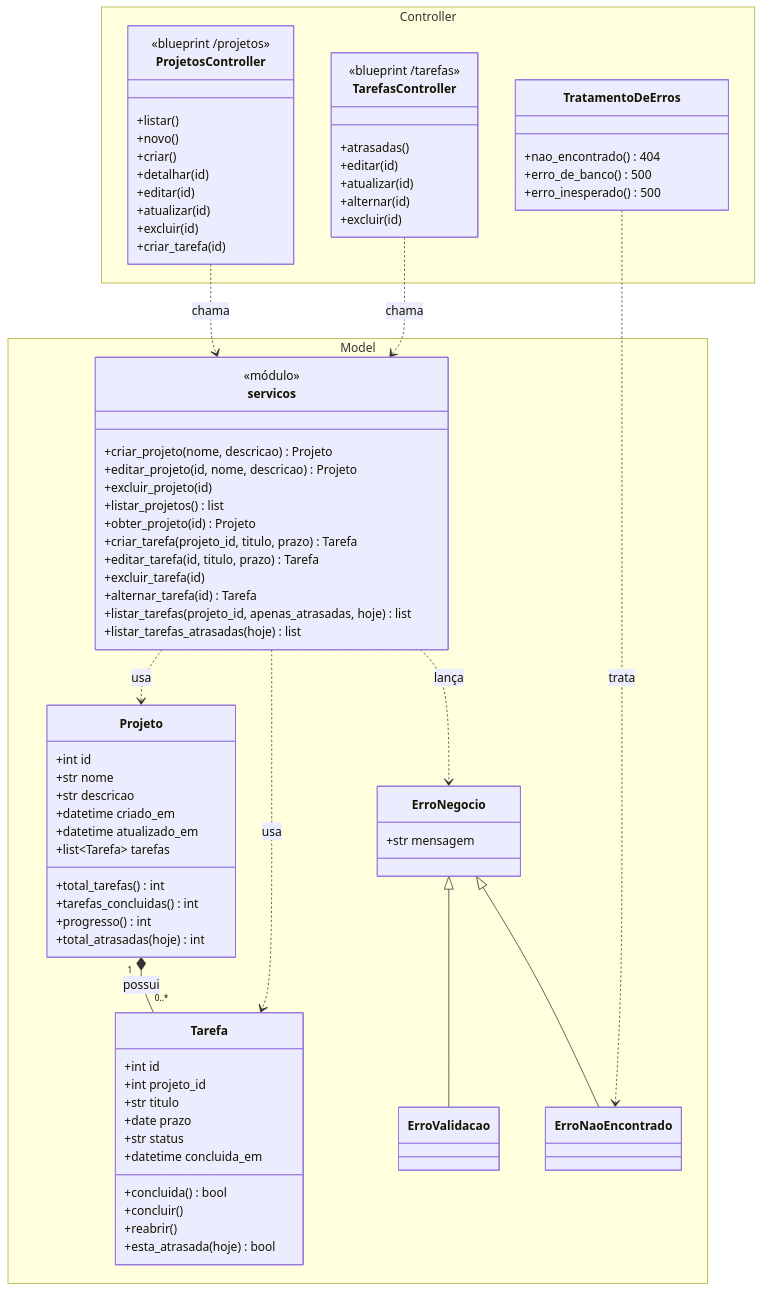
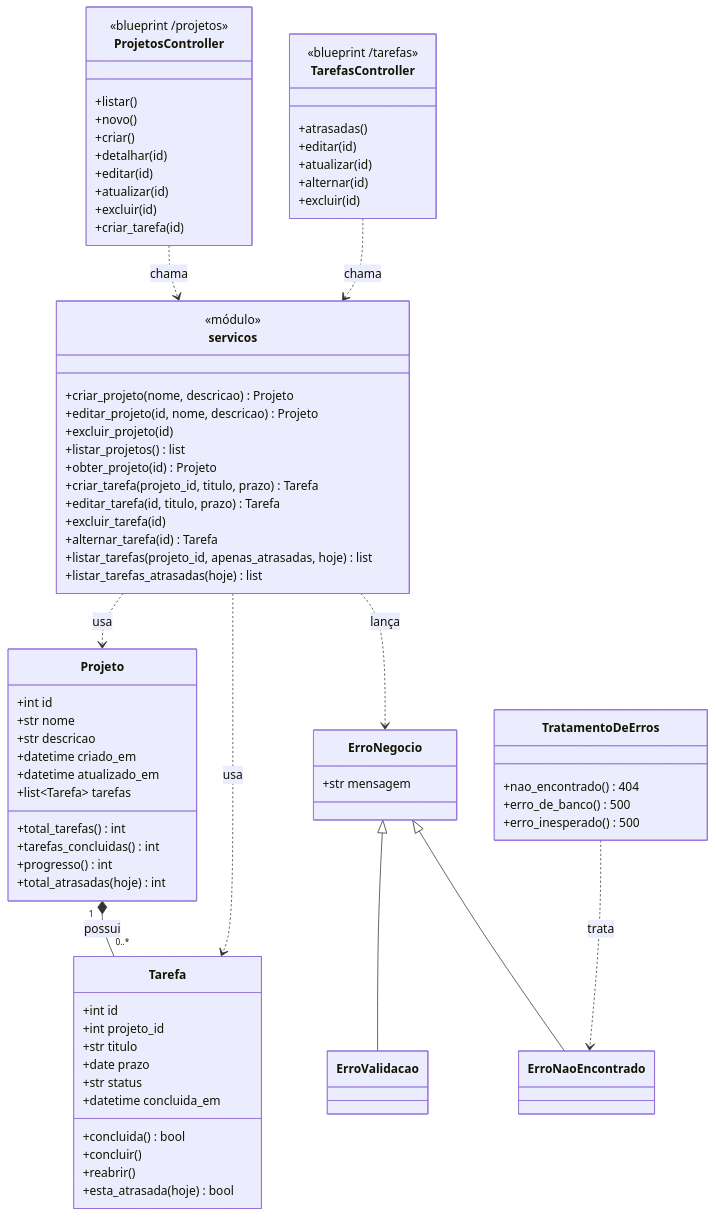
The second of 10 diagrams in situacao1/diagramas-uml.md (Alexviniciusof/prazo-certo), drawn with Mermaid before and after one commit. The commit also changed other lines of this file and 5 other files, not shown here.

Commit message:
Diagramas aparecem como imagem no GitHub (o diagrama de classes não renderizava)

```diff
--- a/situacao1/diagramas-uml.md
+++ b/situacao1/diagramas-uml.md
@@ -134,77 +146,73 @@
 classDiagram
     direction TB
 
-    namespace Model {
-        class Projeto {
-            +int id
-            +str nome
-            +str descricao
-            +datetime criado_em
-            +datetime atualizado_em
-            +list~Tarefa~ tarefas
-            +total_tarefas() int
-            +tarefas_concluidas() int
-            +progresso() int
-            +total_atrasadas(hoje) int
-        }
-        class Tarefa {
-            +int id
-            +int projeto_id
-            +str titulo
-            +date prazo
-            +str status
-            +datetime concluida_em
-            +concluida() bool
-            +concluir()
-            +reabrir()
-            +esta_atrasada(hoje) bool
-        }
-        class servicos {
-            <<módulo>>
-            +criar_projeto(nome, descricao) Projeto
-            +editar_projeto(id, nome, descricao) Projeto
-            +excluir_projeto(id)
-            +listar_projetos() list
-            +obter_projeto(id) Projeto
-            +criar_tarefa(projeto_id, titulo, prazo) Tarefa
-            +editar_tarefa(id, titulo, prazo) Tarefa
-            +excluir_tarefa(id)
-            +alternar_tarefa(id) Tarefa
-            +listar_tarefas(projeto_id, apenas_atrasadas, hoje) list
-            +listar_tarefas_atrasadas(hoje) list
-        }
-        class ErroNegocio {
-            +str mensagem
-        }
-        class ErroValidacao
-        class ErroNaoEncontrado
+    class Projeto {
+        +int id
+        +str nome
+        +str descricao
+        +datetime criado_em
+        +datetime atualizado_em
+        +list~Tarefa~ tarefas
+        +total_tarefas() int
+        +tarefas_concluidas() int
+        +progresso() int
+        +total_atrasadas(hoje) int
     }
+    class Tarefa {
+        +int id
+        +int projeto_id
+        +str titulo
+        +date prazo
+        +str status
+        +datetime concluida_em
+        +concluida() bool
+        +concluir()
+        +reabrir()
+        +esta_atrasada(hoje) bool
+    }
+    class servicos {
+        <<módulo>>
+        +criar_projeto(nome, descricao) Projeto
+        +editar_projeto(id, nome, descricao) Projeto
+        +excluir_projeto(id)
+        +listar_projetos() list
+        +obter_projeto(id) Projeto
+        +criar_tarefa(projeto_id, titulo, prazo) Tarefa
+        +editar_tarefa(id, titulo, prazo) Tarefa
+        +excluir_tarefa(id)
+        +alternar_tarefa(id) Tarefa
+        +listar_tarefas(projeto_id, apenas_atrasadas, hoje) list
+        +listar_tarefas_atrasadas(hoje) list
+    }
+    class ErroNegocio {
+        +str mensagem
+    }
+    class ErroValidacao
+    class ErroNaoEncontrado
 
-    namespace Controller {
-        class ProjetosController {
-            <<blueprint /projetos>>
-            +listar()
-            +novo()
-            +criar()
-            +detalhar(id)
-            +editar(id)
-            +atualizar(id)
-            +excluir(id)
-            +criar_tarefa(id)
-        }
-        class TarefasController {
-            <<blueprint /tarefas>>
-            +atrasadas()
-            +editar(id)
-            +atualizar(id)
-            +alternar(id)
-            +excluir(id)
-        }
-        class TratamentoDeErros {
-            +nao_encontrado() 404
-            +erro_de_banco() 500
-            +erro_inesperado() 500
-        }
+    class ProjetosController {
+        <<blueprint /projetos>>
+        +listar()
+        +novo()
+        +criar()
+        +detalhar(id)
+        +editar(id)
+        +atualizar(id)
+        +excluir(id)
+        +criar_tarefa(id)
+    }
+    class TarefasController {
+        <<blueprint /tarefas>>
+        +atrasadas()
+        +editar(id)
+        +atualizar(id)
+        +alternar(id)
+        +excluir(id)
+    }
+    class TratamentoDeErros {
+        +nao_encontrado() 404
+        +erro_de_banco() 500
+        +erro_inesperado() 500
     }
 
     Projeto "1" *-- "0..*" Tarefa : possui
```
